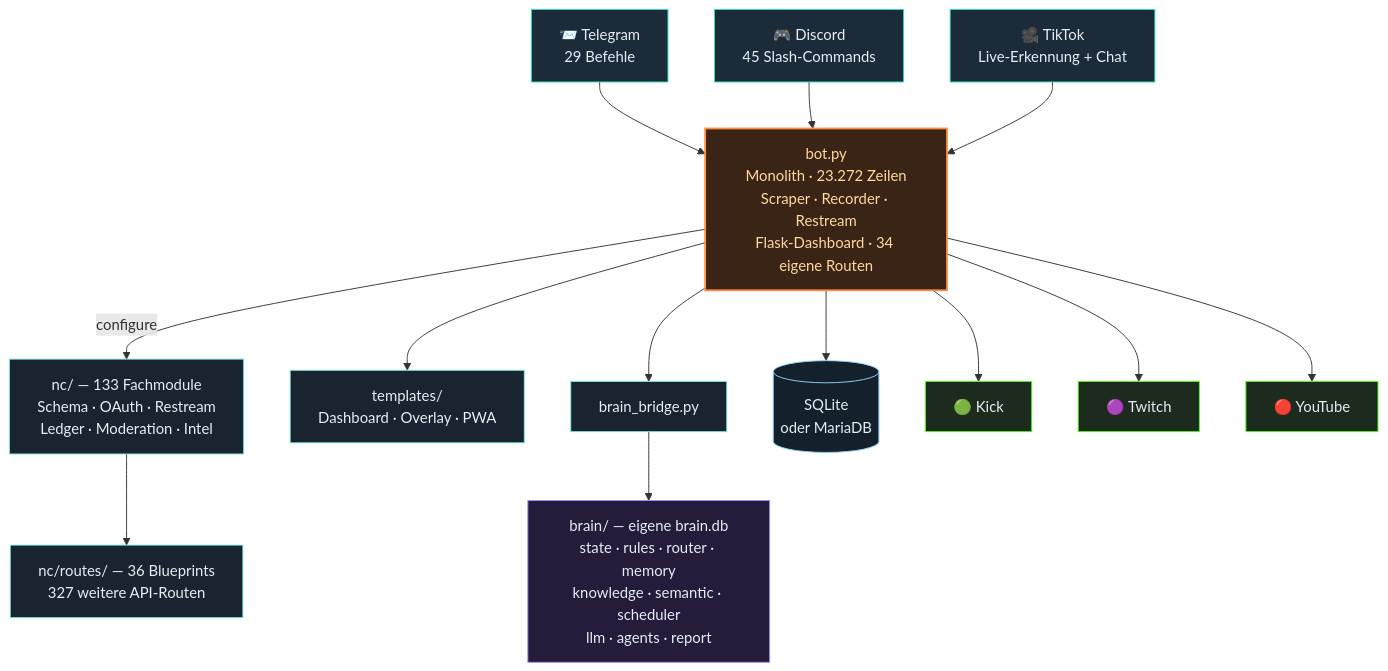
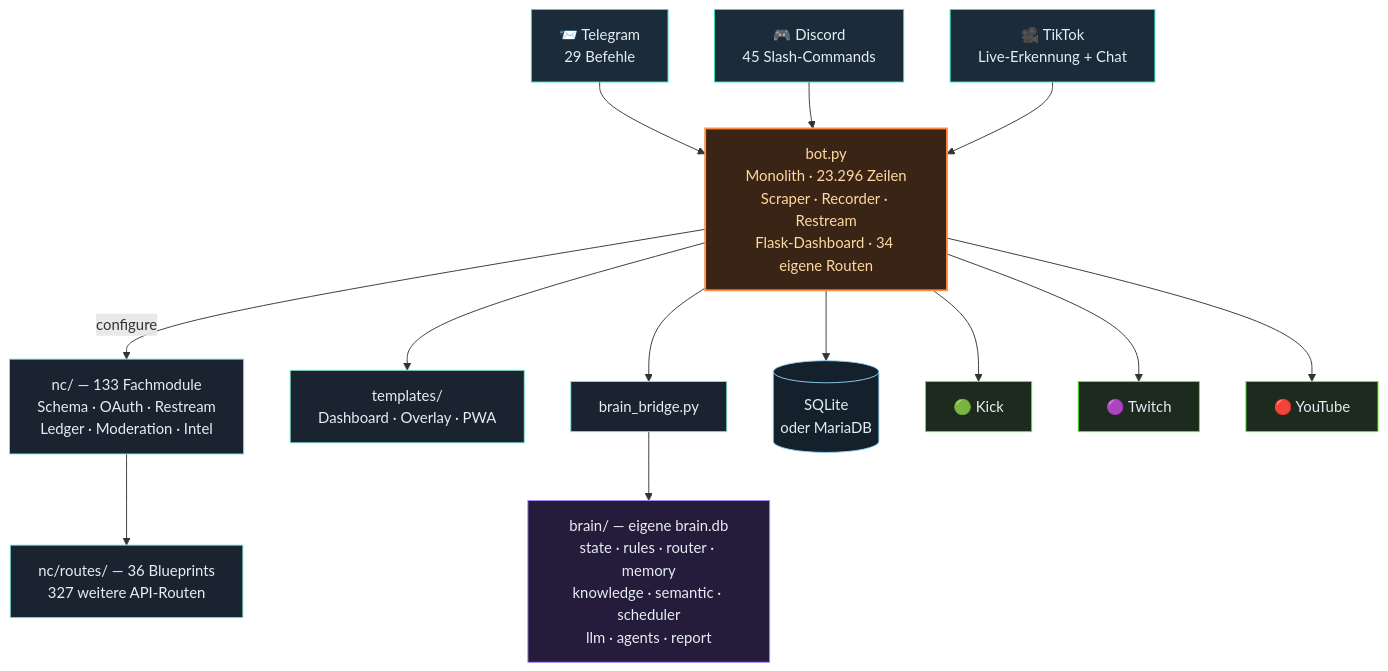
One commit to itsamemedev/Telegram-Stream-Info-Bot changed the third of 4 diagrams in README.md. Above: the diagram before and after it, drawn with Mermaid. The commit also changed other lines of this file and 10 other files, not shown here.

````diff
--- a/README.md
+++ b/README.md
@@ -189,30 +189,30 @@
 ```mermaid
 flowchart TB
     TG["📨 Telegram<br/>29 Befehle"]:::ein
     DC["🎮 Discord<br/>45 Slash-Commands"]:::ein
     TT["🎥 TikTok<br/>Live-Erkennung + Chat"]:::ein
 
     TG --> BOT
     DC --> BOT
     TT --> BOT
 
-    BOT["bot.py<br/>Monolith · 23.272 Zeilen<br/>Scraper · Recorder · Restream<br/>Flask-Dashboard · 34 eigene Routen"]:::core
+    BOT["bot.py<br/>Monolith · 23.296 Zeilen<br/>Scraper · Recorder · Restream<br/>Flask-Dashboard · 34 eigene Routen"]:::core
 
     BOT -->|configure| NC["nc/ — 133 Fachmodule<br/>Schema · OAuth · Restream<br/>Ledger · Moderation · Intel"]:::lib
     NC --> RT["nc/routes/ — 36 Blueprints<br/>327 weitere API-Routen"]:::lib
     BOT --> TPL["templates/<br/>Dashboard · Overlay · PWA"]:::lib
     BOT --> BR["brain_bridge.py"]:::lib
     BR --> BRAIN["brain/ — eigene brain.db<br/>state · rules · router · memory<br/>knowledge · semantic · scheduler<br/>llm · agents · report"]:::brain
     BOT --> DB[("SQLite<br/>oder MariaDB")]:::db
 
     BOT --> KICK["🟢 Kick"]:::out
     BOT --> TW["🟣 Twitch"]:::out
     BOT --> YT["🔴 YouTube"]:::out
 
     classDef ein fill:#1c2b3a,stroke:#2de1c2,color:#e6edf3
     classDef core fill:#3a2415,stroke:#ff8c42,stroke-width:2px,color:#ffd9a0
     classDef lib fill:#1a2430,stroke:#7fe7d4,color:#e6edf3
     classDef brain fill:#241c3a,stroke:#a78bfa,color:#e6edf3
     classDef db fill:#14202c,stroke:#8fd3f4,color:#e6edf3
     classDef out fill:#1c2b1e,stroke:#53fc18,color:#e6edf3
 ```
````
